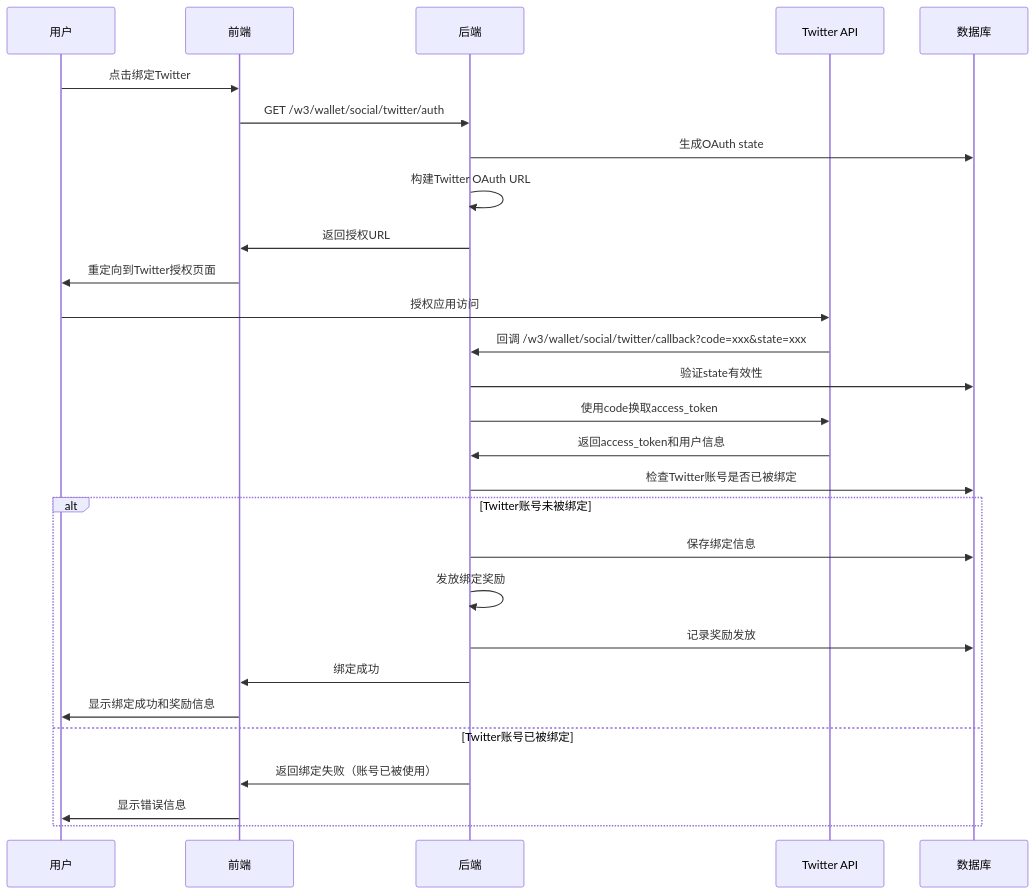
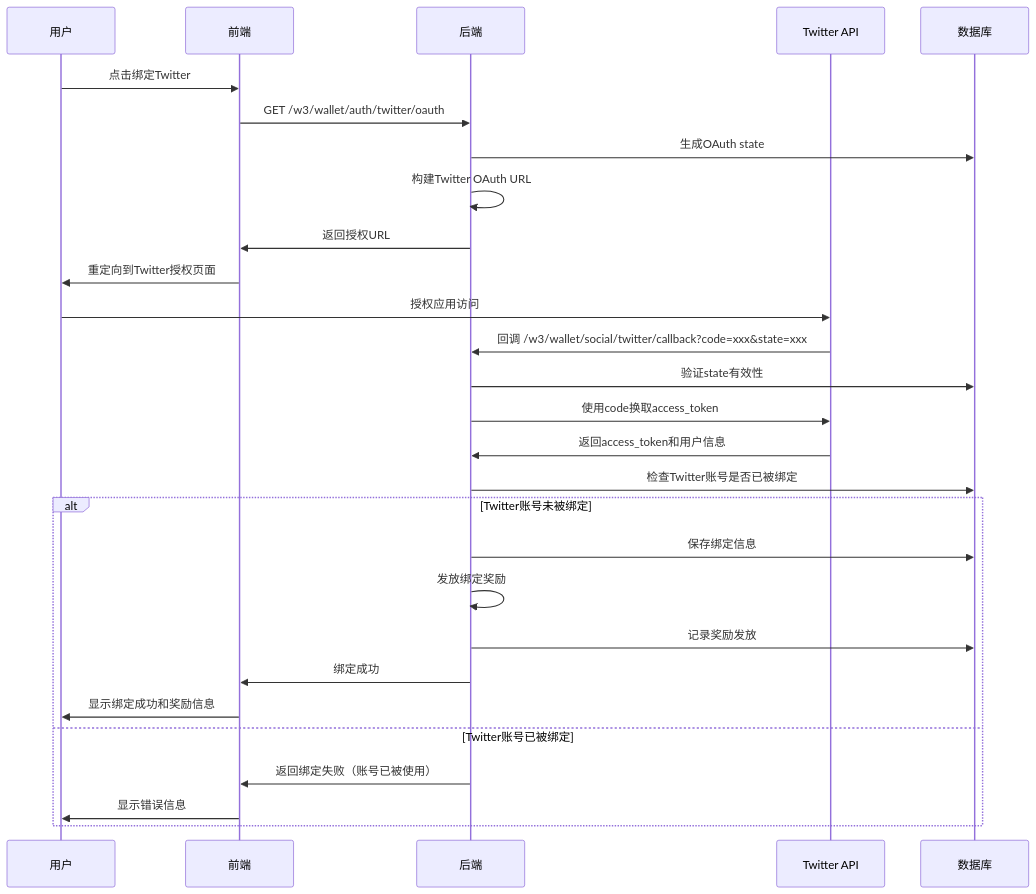
Before and after one commit to yingjianzh/iodraw-files: the diagram in all/未命名-73.md, drawn with Mermaid.

Commit message:
2025-07-07 10:51:34 update

````diff
--- a/all/未命名-73.md
+++ b/all/未命名-73.md
@@ -1,36 +1,36 @@
 ```mermaid
 
 sequenceDiagram
     participant User as 用户
     participant Frontend as 前端
     participant Backend as 后端
     participant Twitter as Twitter API
     participant DB as 数据库
 
 
     User->>Frontend: 点击绑定Twitter
-    Frontend->>Backend: GET /w3/wallet/social/twitter/auth
+    Frontend->>Backend: GET /w3/wallet/auth/twitter/oauth
     Backend->>DB: 生成OAuth state
     Backend->>Backend: 构建Twitter OAuth URL
     Backend->>Frontend: 返回授权URL
     Frontend->>User: 重定向到Twitter授权页面
     
     User->>Twitter: 授权应用访问
     Twitter->>Backend: 回调 /w3/wallet/social/twitter/callback?code=xxx&state=xxx
     Backend->>DB: 验证state有效性
     Backend->>Twitter: 使用code换取access_token
     Twitter->>Backend: 返回access_token和用户信息
     Backend->>DB: 检查Twitter账号是否已被绑定
     
     alt Twitter账号未被绑定
         Backend->>DB: 保存绑定信息
         Backend->>Backend: 发放绑定奖励
         Backend->>DB: 记录奖励发放
         Backend->>Frontend: 绑定成功
         Frontend->>User: 显示绑定成功和奖励信息
     else Twitter账号已被绑定
         Backend->>Frontend: 返回绑定失败（账号已被使用）
         Frontend->>User: 显示错误信息
     end
 
 ```
````
